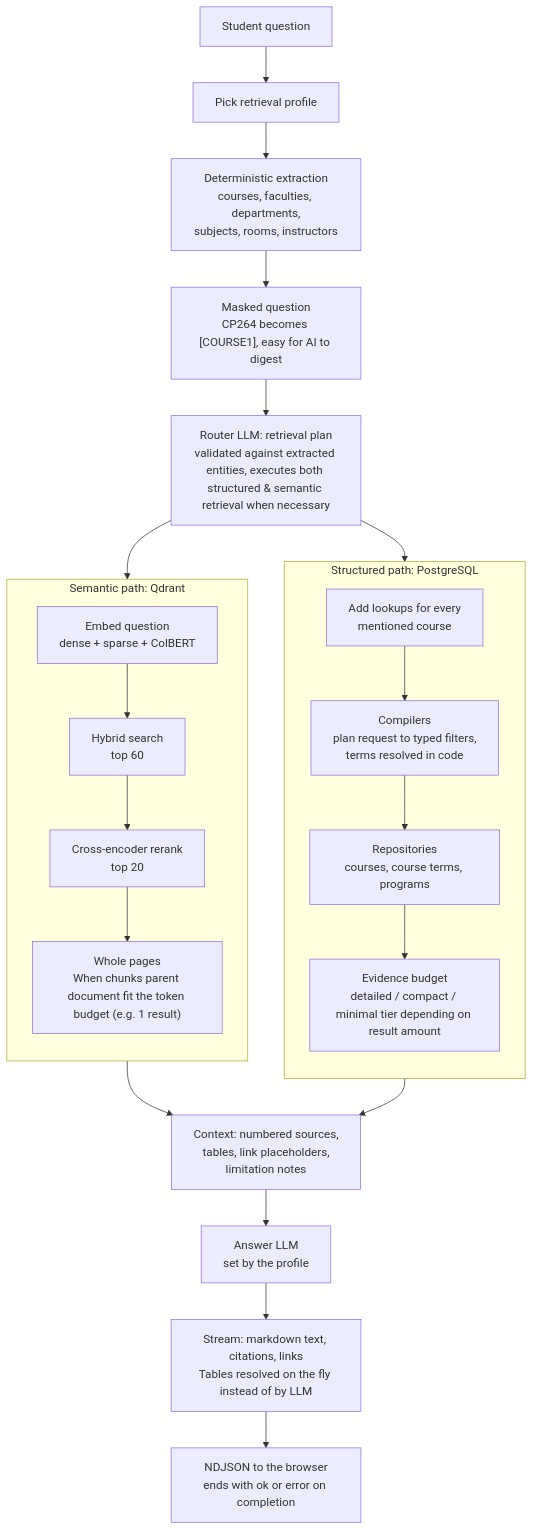
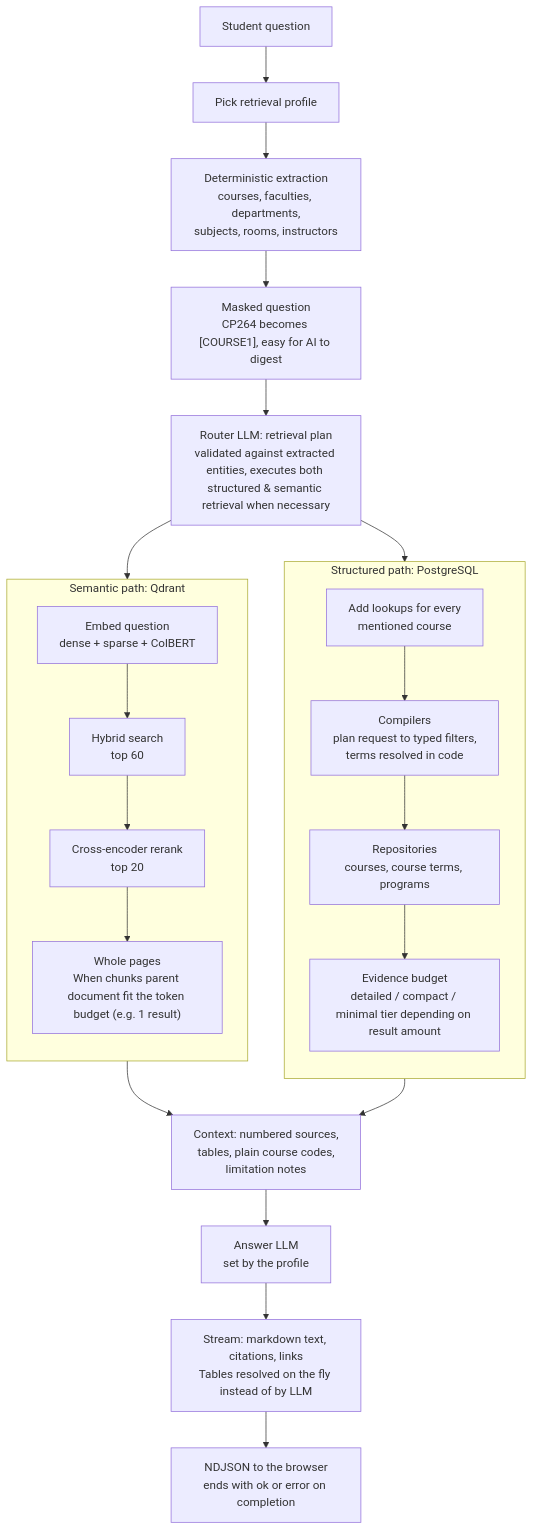
Before and after one commit to b4sleal/GoldenGuide: the diagram in docs/backend/chat-pipeline.md, drawn with Mermaid. The commit also changed other lines of this file and 160 other files, not shown here.

````diff
--- a/docs/backend/chat-pipeline.md
+++ b/docs/backend/chat-pipeline.md
@@ -25,30 +25,30 @@
 ```mermaid
 flowchart TB
     Q[Student question] --> P[Pick retrieval profile]
     P --> X[Deterministic extraction<br/>courses, faculties, departments,<br/>subjects, rooms, instructors]
     X --> M["Masked question<br/>CP264 becomes [COURSE1], easy for AI to digest"]
     M --> PL[Router LLM: retrieval plan<br/>validated against extracted entities, executes both structured & semantic retrieval when necessary]
 
     PL --> SP
     PL --> VP
 
     subgraph SP[Structured path: PostgreSQL]
         direction TB
         EN[Add lookups for every<br/>mentioned course] --> CO[Compilers<br/>plan request to typed filters,<br/>terms resolved in code]
         CO --> RE[Repositories<br/>courses, course terms, programs]
         RE --> BU[Evidence budget<br/>detailed / compact / minimal tier depending on result amount]
     end
 
     subgraph VP[Semantic path: Qdrant]
         direction TB
         EM[Embed question<br/>dense + sparse + ColBERT] --> HS[Hybrid search<br/>top 60]
         HS --> RR[Cross-encoder rerank<br/>top 20]
         RR --> WD["Whole pages<br/>When chunks parent document fit the token budget (e.g. 1 result)" ]
     end
 
-    BU --> CTX[Context: numbered sources,<br/>tables, link placeholders,<br/>limitation notes]
+    BU --> CTX[Context: numbered sources,<br/>tables, plain course codes,<br/>limitation notes]
     WD --> CTX
     CTX --> G[Answer LLM<br/>set by the profile]
     G --> S[Stream: markdown text, citations, links<br/>Tables resolved on the fly instead of by LLM]
     S --> N[NDJSON to the browser<br/>ends with ok or error on completion]
 ```
````
